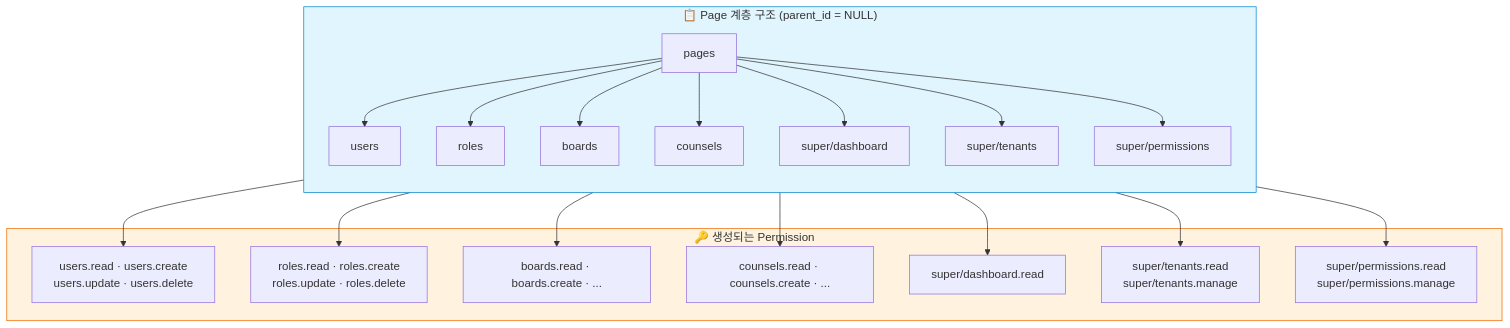
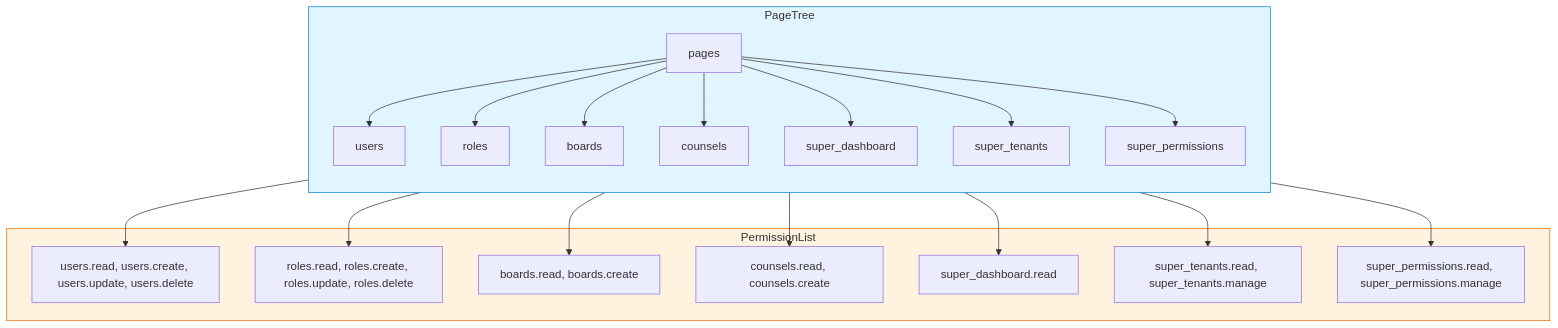
Before and after one commit to lee-sung-min405/flowdesk-admin-landingPage: diagram 15 of 21 in src/data/architectures/flowdesk-admin-backend.md, drawn with Mermaid. The commit also changed other lines of this file and 1 other file, not shown here.

Commit message:
1. Mermaid 11.13.0 호환성 확보 2. 문법 오류 및 cycle 에러 해결

````diff
--- a/src/data/architectures/flowdesk-admin-backend.md
+++ b/src/data/architectures/flowdesk-admin-backend.md
@@ -947,43 +947,43 @@
 ```mermaid
 flowchart TB
-    subgraph PageTree["📋 Page 계층 구조 (parent_id = NULL)"]
+    subgraph TREE_VIEW["PageTree"]
         direction TB
-        Root["pages"]
-        Users["users"]
-        Roles["roles"]
-        Boards["boards"]
-        Counsels["counsels"]
-        SD["super/dashboard"]
-        ST["super/tenants"]
-        SP["super/permissions"]
+        RootNode["pages"]
+        UsersPG["users"]
+        RolesPG["roles"]
+        BoardsPG["boards"]
+        CounselsPG["counsels"]
+        SDPG["super_dashboard"]
+        STPG["super_tenants"]
+        SPPG["super_permissions"]
 
-        Root --> Users
-        Root --> Roles
-        Root --> Boards
-        Root --> Counsels
-        Root --> SD
-        Root --> ST
-        Root --> SP
+        RootNode --> UsersPG
+        RootNode --> RolesPG
+        RootNode --> BoardsPG
+        RootNode --> CounselsPG
+        RootNode --> SDPG
+        RootNode --> STPG
+        RootNode --> SPPG
     end
 
-    subgraph Permissions["🔑 생성되는 Permission"]
-        UP["users.read · users.create<br/>users.update · users.delete"]
-        RP["roles.read · roles.create<br/>roles.update · roles.delete"]
-        BP["boards.read · boards.create · ..."]
-        CP["counsels.read · counsels.create · ..."]
-        SDP["super/dashboard.read"]
-        STP["super/tenants.read<br/>super/tenants.manage"]
-        SPP["super/permissions.read<br/>super/permissions.manage"]
+    subgraph PERM_VIEW["PermissionList"]
+        UsersPM["users.read, users.create, users.update, users.delete"]
+        RolesPM["roles.read, roles.create, roles.update, roles.delete"]
+        BoardsPM["boards.read, boards.create"]
+        CounselsPM["counsels.read, counsels.create"]
+        SDPPM["super_dashboard.read"]
+        STPPM["super_tenants.read, super_tenants.manage"]
+        SPPPM["super_permissions.read, super_permissions.manage"]
     end
 
-    Users --> UP
-    Roles --> RP
-    Boards --> BP
-    Counsels --> CP
-    SD --> SDP
-    ST --> STP
-    SP --> SPP
+    UsersPG --> UsersPM
+    RolesPG --> RolesPM
+    BoardsPG --> BoardsPM
+    CounselsPG --> CounselsPM
+    SDPG --> SDPPM
+    STPG --> STPPM
+    SPPG --> SPPPM
 
-    style PageTree fill:#e1f5fe,stroke:#0288d1
-    style Permissions fill:#fff3e0,stroke:#ef6c00
+    style TREE_VIEW fill:#e1f5fe,stroke:#0288d1
+    style PERM_VIEW fill:#fff3e0,stroke:#ef6c00
 ```
````
